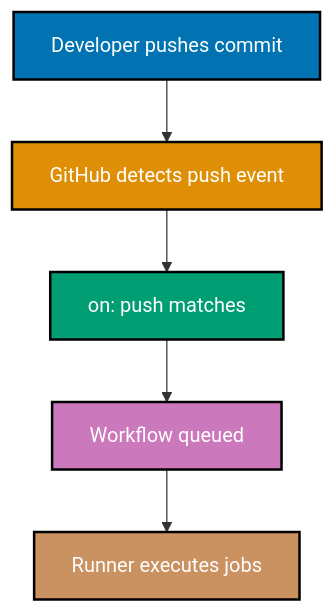
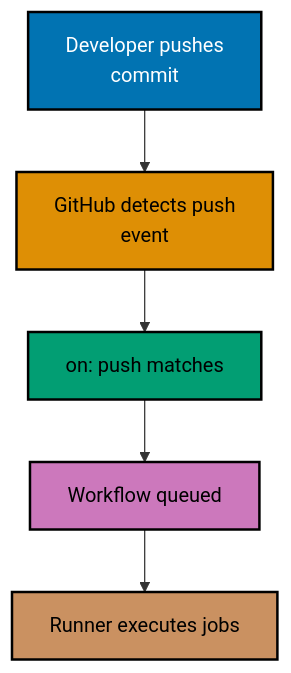
The first of 8 diagrams in apps/ayokoding-www/content/en/learn/legacy/software-engineering/automation-tools/github-actions/by-example/beginner.md (wahidyankf/ose-public), drawn with Mermaid before and after one commit. The commit also changed other lines of this file and 131 other files, not shown here.

First line of the commit message:
fix(mermaid): bring the legacy data, infrastructure, and testing diagrams onto the accessible palette

````diff
--- a/apps/ayokoding-www/content/en/learn/legacy/software-engineering/automation-tools/github-actions/by-example/beginner.md
+++ b/apps/ayokoding-www/content/en/learn/legacy/software-engineering/automation-tools/github-actions/by-example/beginner.md
@@ -107,13 +107,16 @@
 ```mermaid
 graph TD
-    A["Developer pushes commit"]:::blue --> B["GitHub detects push event"]:::orange
+    accTitle: Example 3: The on Key with a Single Event
+    accDescr: Graph with 5 nodes and 4 connections. Nodes: Developer pushes commit, GitHub detects push event, on: push matches, Workflow queued, Runner executes jobs. Connections: Developer pushes commit to GitHub detects push event, GitHub detects push event to on: push matches, on: push matches to Workflow queued, Workflow queued to Runner executes jobs.
+    A["Developer pushes<br/>commit"]:::blue --> B["GitHub detects push<br/>event"]:::orange
     B --> C["on: push matches"]:::teal
     C --> D["Workflow queued"]:::purple
     D --> E["Runner executes jobs"]:::brown
 
-    classDef blue fill:#0173B2,stroke:#000,color:#fff,stroke-width:2px
-    classDef orange fill:#DE8F05,stroke:#000,color:#fff,stroke-width:2px
-    classDef teal fill:#029E73,stroke:#000,color:#fff,stroke-width:2px
-    classDef purple fill:#CC78BC,stroke:#000,color:#fff,stroke-width:2px
-    classDef brown fill:#CA9161,stroke:#000,color:#fff,stroke-width:2px
+    classDef blue fill:#0173B2,stroke:#000000,color:#FFFFFF,stroke-width:2px
+    classDef orange fill:#DE8F05,stroke:#000000,color:#000000,stroke-width:2px
+    classDef teal fill:#029E73,stroke:#000000,color:#000000,stroke-width:2px
+    classDef purple fill:#CC78BC,stroke:#000000,color:#000000,stroke-width:2px
+    classDef brown fill:#CA9161,stroke:#000000,color:#000000,stroke-width:2px
+    classDef default fill:#FFFFFF,stroke:#000000,color:#000000
 ```
````
